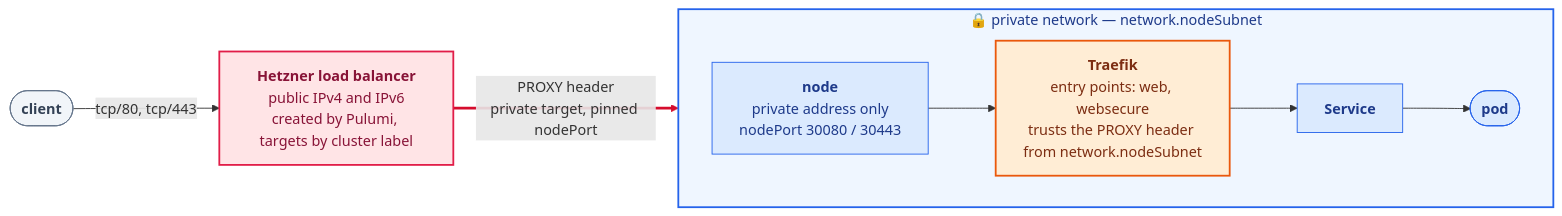
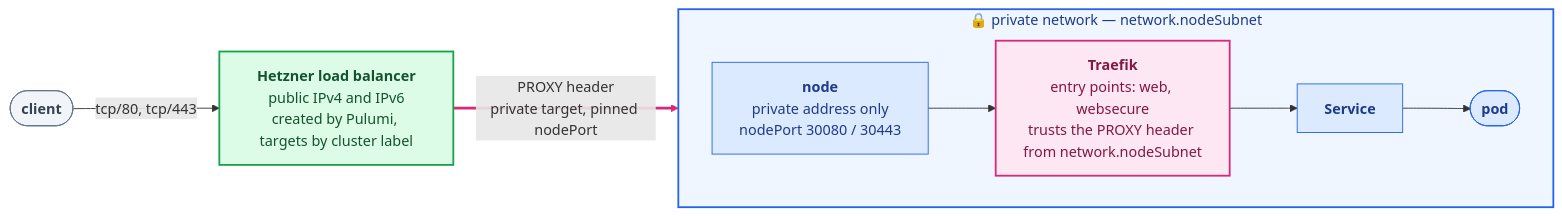
Before and after one commit to oleg-tkachuk/hetzner-iac: the first of 2 diagrams in docs/networking.md, drawn with Mermaid. The commit also changed other lines of this file and 2 other files, not shown here.

Commit message:
docs(diagrams): balance the palette away from red
Hetzner boxes cover most of every diagram, so red there dominated it. Hetzner
is green and Talos amber now; pink is kept for the few gates and secrets.

````diff
--- a/docs/networking.md
+++ b/docs/networking.md
@@ -117,37 +117,37 @@
 ```mermaid
 flowchart LR
     %% Same palette as the diagram above, and the same reason for spelling the
     %% colours out rather than inheriting the theme's.
     classDef outside fill:#F1F5F9,stroke:#64748B,stroke-width:1px,color:#334155
-    classDef edge fill:#FFE4E6,stroke:#E11D48,stroke-width:2px,color:#881337
+    classDef edge fill:#DCFCE7,stroke:#16A34A,stroke-width:2px,color:#14532D
     classDef inside fill:#DBEAFE,stroke:#2563EB,stroke-width:1px,color:#1E3A8A
-    classDef gate fill:#FFEDD5,stroke:#EA580C,stroke-width:2px,color:#7C2D12
+    classDef gate fill:#FCE7F3,stroke:#DB2777,stroke-width:2px,color:#831843
 
     client(["<b>client</b>"])
     lb["<b>Hetzner load balancer</b><br/>public IPv4 and IPv6<br/>created by Pulumi, targets by cluster label"]
 
     subgraph private["🔒 private network — network.nodeSubnet"]
         direction LR
         node["<b>node</b><br/>private address only<br/>nodePort 30080 / 30443"]
         traefik["<b>Traefik</b><br/>entry points: web, websecure<br/>trusts the PROXY header from network.nodeSubnet"]
         svc["<b>Service</b>"]
         pod(["<b>pod</b>"])
     end
 
     client -->|"tcp/80, tcp/443"| lb
     lb ==>|"PROXY header<br/>private target, pinned nodePort"| node
     node --> traefik
     traefik --> svc
     svc --> pod
 
     class client outside
     class lb edge
     class traefik gate
     class node,svc,pod inside
 
     style private fill:#EFF6FF,stroke:#2563EB,stroke-width:2px,color:#1E3A8A
 
     %% The one edge worth pointing at: it is the hop that carries the PROXY
     %% header. Indexed by edge order, so adding an edge above this one moves it.
-    linkStyle 1 stroke:#d50c2d,stroke-width:3px
+    linkStyle 1 stroke:#DB2777,stroke-width:3px
 ```
````
